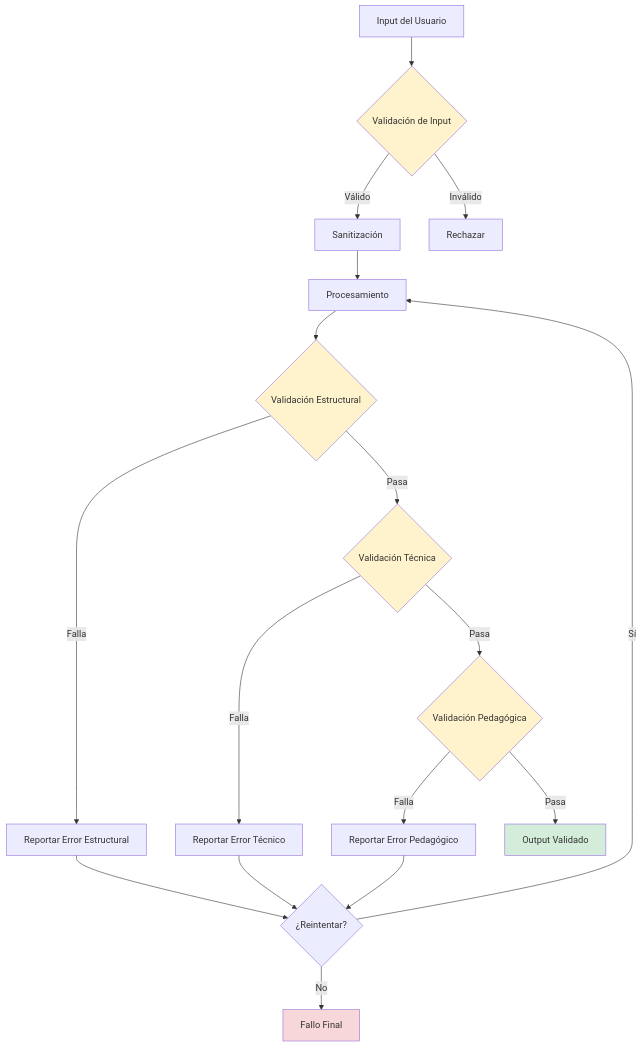
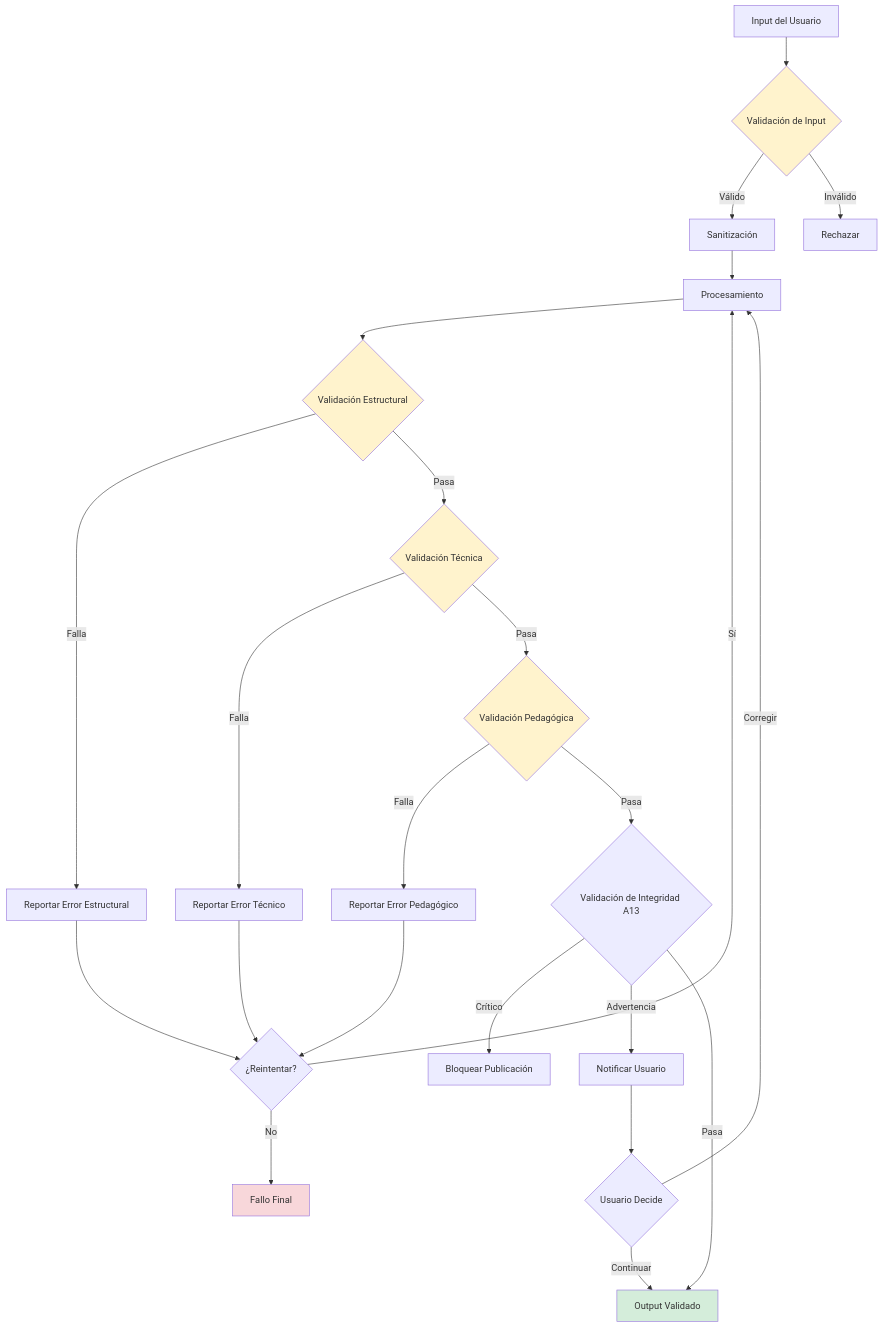
Before and after one commit to developer-laoz396/teach-laoz-courses-generator: the ninth of 11 diagrams in docs/ARQUITECTURA.md, drawn with Mermaid. The commit also changed other lines of this file and 33 other files, not shown here.

````diff
--- a/docs/ARQUITECTURA.md
+++ b/docs/ARQUITECTURA.md
@@ -422,33 +447,41 @@
 ```mermaid
 graph TB
     Input[Input del Usuario] --> V1{Validación de Input}
 
     V1 -->|Válido| V2[Sanitización]
     V1 -->|Inválido| Reject[Rechazar]
 
     V2 --> Process[Procesamiento]
 
     Process --> V3{Validación Estructural}
     V3 -->|Falla| Error1[Reportar Error Estructural]
     V3 -->|Pasa| V4{Validación Técnica}
 
     V4 -->|Falla| Error2[Reportar Error Técnico]
     V4 -->|Pasa| V5{Validación Pedagógica}
 
     V5 -->|Falla| Error3[Reportar Error Pedagógico]
-    V5 -->|Pasa| Output[Output Validado]
+    V5 -->|Pasa| V6{Validación de Integridad A13}
+
+    V6 -->|Crítico| Error4[Bloquear Publicación]
+    V6 -->|Advertencia| Warn[Notificar Usuario]
+    V6 -->|Pasa| Output[Output Validado]
+
+    Warn --> Decision{Usuario Decide}
+    Decision -->|Continuar| Output
+    Decision -->|Corregir| Process
 
     Error1 --> Retry{¿Reintentar?}
     Error2 --> Retry
     Error3 --> Retry
 
     Retry -->|Sí| Process
     Retry -->|No| Fail[Fallo Final]
 
     style V1 fill:#fff3cd
     style V3 fill:#fff3cd
     style V4 fill:#fff3cd
     style V5 fill:#fff3cd
     style Output fill:#d4edda
     style Fail fill:#f8d7da
 ```
````
